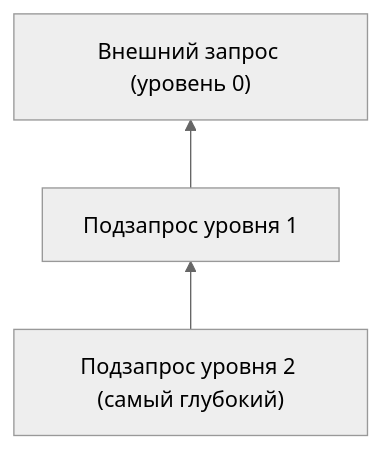
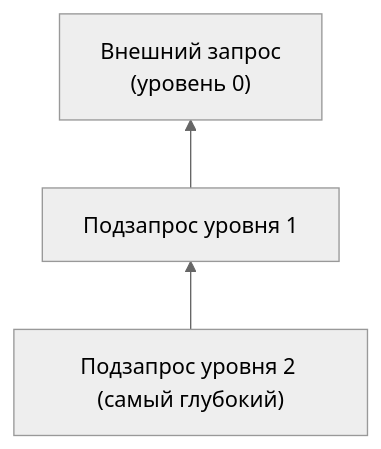
One commit to vshp-online/it.vshp.online changed the diagram in disciplines/it03/lectures/10_lecture.md. Above: the diagram before and after it, drawn with Mermaid (neutral theme). The commit also changed other lines of this file and 2 other files, not shown here.

````diff
--- a/disciplines/it03/lectures/10_lecture.md
+++ b/disciplines/it03/lectures/10_lecture.md
@@ -37,8 +36,8 @@
 ```mermaid
 graph BT
-  Outer["Внешний запрос (уровень 0)"]
+  Outer["Внешний запрос<br>(уровень 0)"]
   Middle["Подзапрос уровня 1"]
   Inner["Подзапрос уровня 2 (самый глубокий)"]
 
   Inner --> Middle --> Outer
 ```
````
